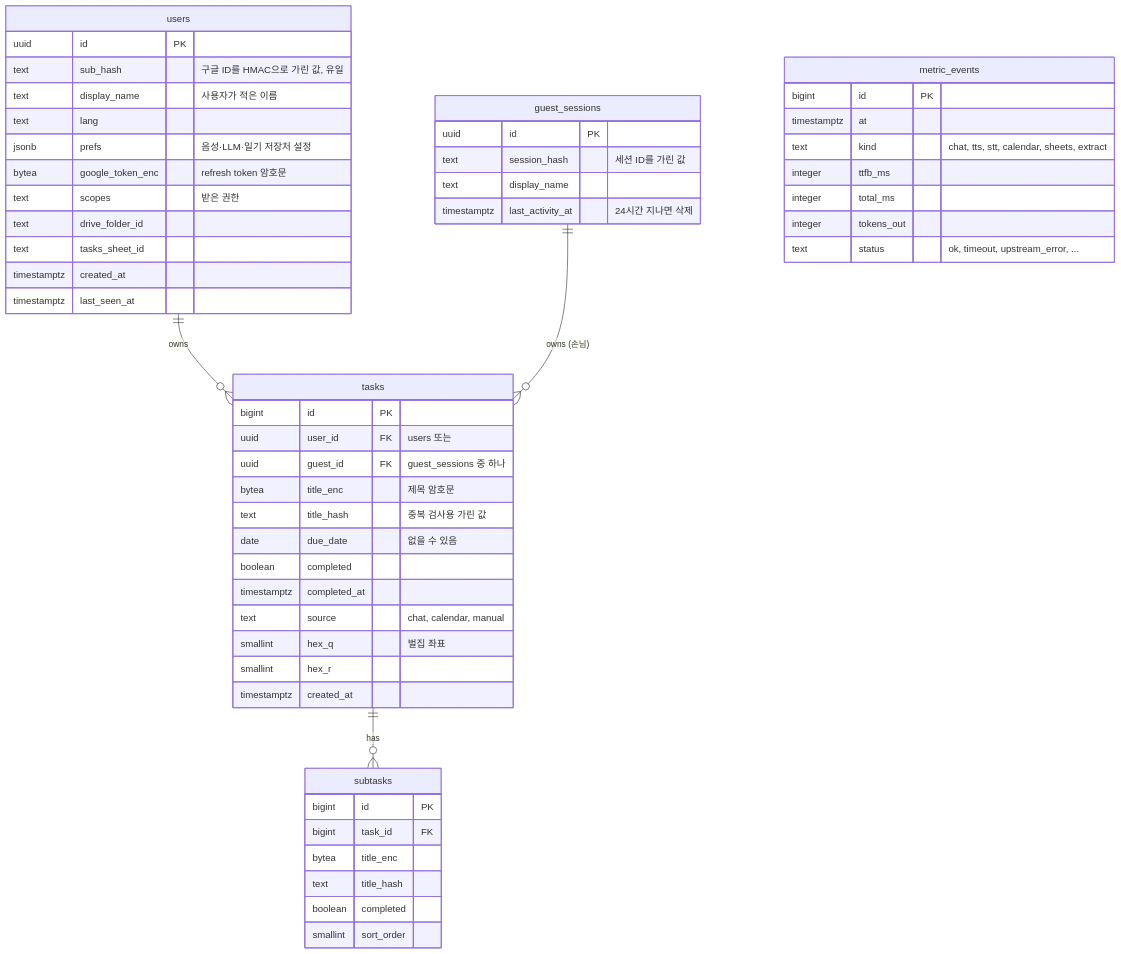
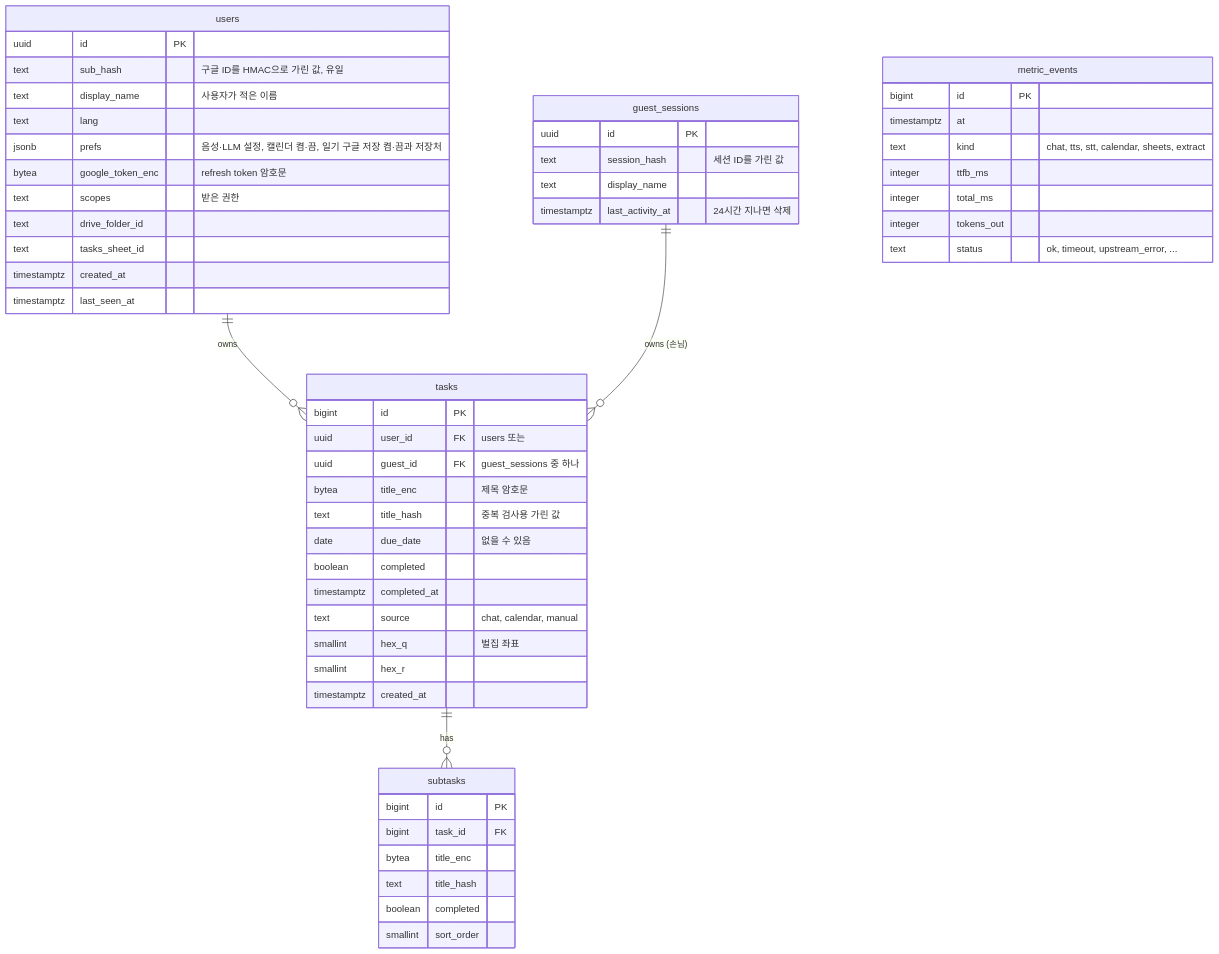
Before and after one commit to eple-lab/task-hive: the second of 4 diagrams in docs/03-architecture.md, drawn with Mermaid. The commit also changed other lines of this file and 8 other files, not shown here.

````diff
--- a/docs/03-architecture.md
+++ b/docs/03-architecture.md
@@ -172,57 +172,57 @@
 ```mermaid
 erDiagram
     users ||--o{ tasks : "owns"
     guest_sessions ||--o{ tasks : "owns (손님)"
     tasks ||--o{ subtasks : "has"
 
     users {
         uuid id PK
         text sub_hash "구글 ID를 HMAC으로 가린 값, 유일"
         text display_name "사용자가 적은 이름"
         text lang
-        jsonb prefs "음성·LLM·일기 저장처 설정"
+        jsonb prefs "음성·LLM 설정, 캘린더 켬·끔, 일기 구글 저장 켬·끔과 저장처"
         bytea google_token_enc "refresh token 암호문"
         text scopes "받은 권한"
         text drive_folder_id
         text tasks_sheet_id
         timestamptz created_at
         timestamptz last_seen_at
     }
     guest_sessions {
         uuid id PK
         text session_hash "세션 ID를 가린 값"
         text display_name
         timestamptz last_activity_at "24시간 지나면 삭제"
     }
     tasks {
         bigint id PK
         uuid user_id FK "users 또는"
         uuid guest_id FK "guest_sessions 중 하나"
         bytea title_enc "제목 암호문"
         text title_hash "중복 검사용 가린 값"
         date due_date "없을 수 있음"
         boolean completed
         timestamptz completed_at
         text source "chat, calendar, manual"
         smallint hex_q "벌집 좌표"
         smallint hex_r
         timestamptz created_at
     }
     subtasks {
         bigint id PK
         bigint task_id FK
         bytea title_enc
         text title_hash
         boolean completed
         smallint sort_order
     }
     metric_events {
         bigint id PK
         timestamptz at
         text kind "chat, tts, stt, calendar, sheets, extract"
         integer ttfb_ms
         integer total_ms
         integer tokens_out
         text status "ok, timeout, upstream_error, ..."
     }
 ```
````
